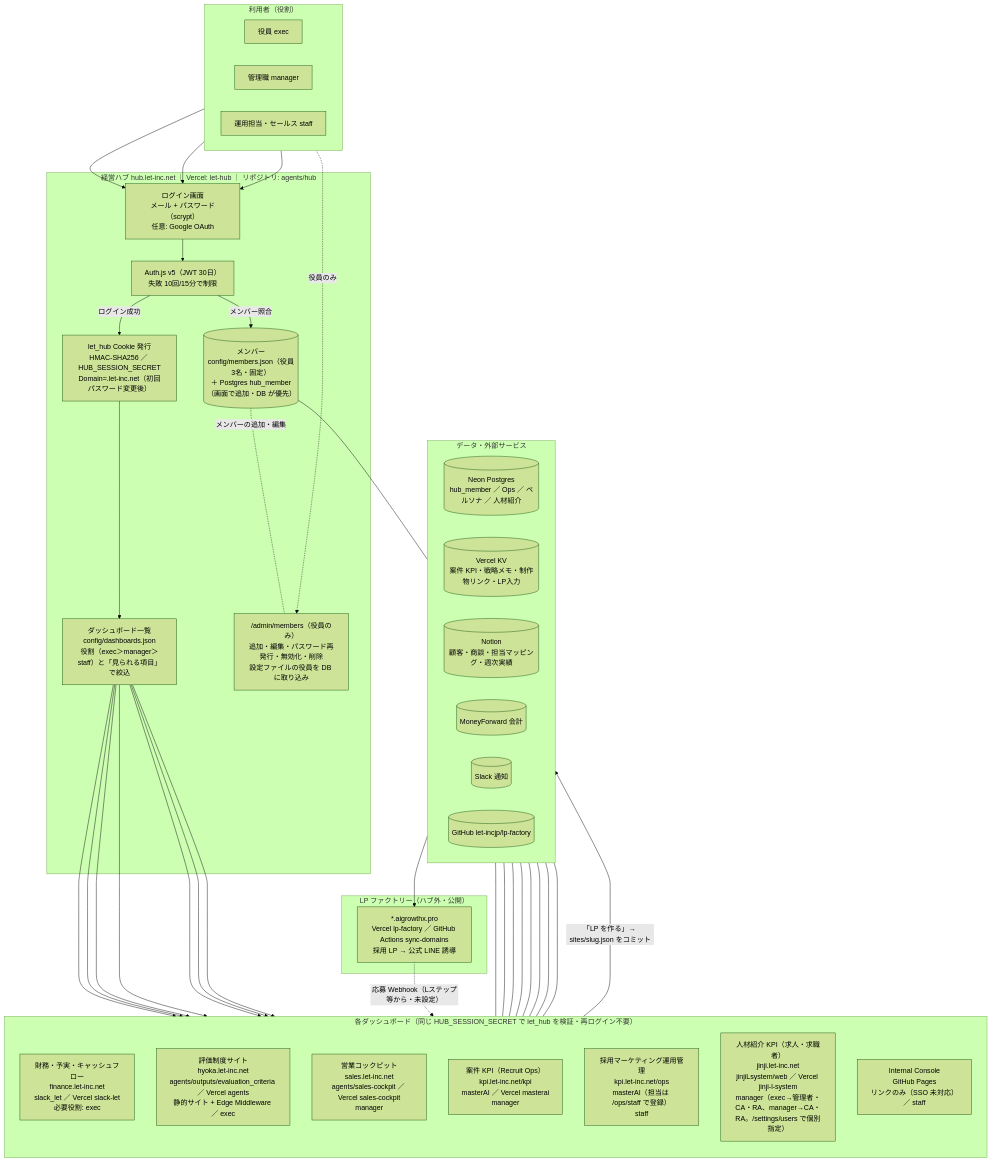
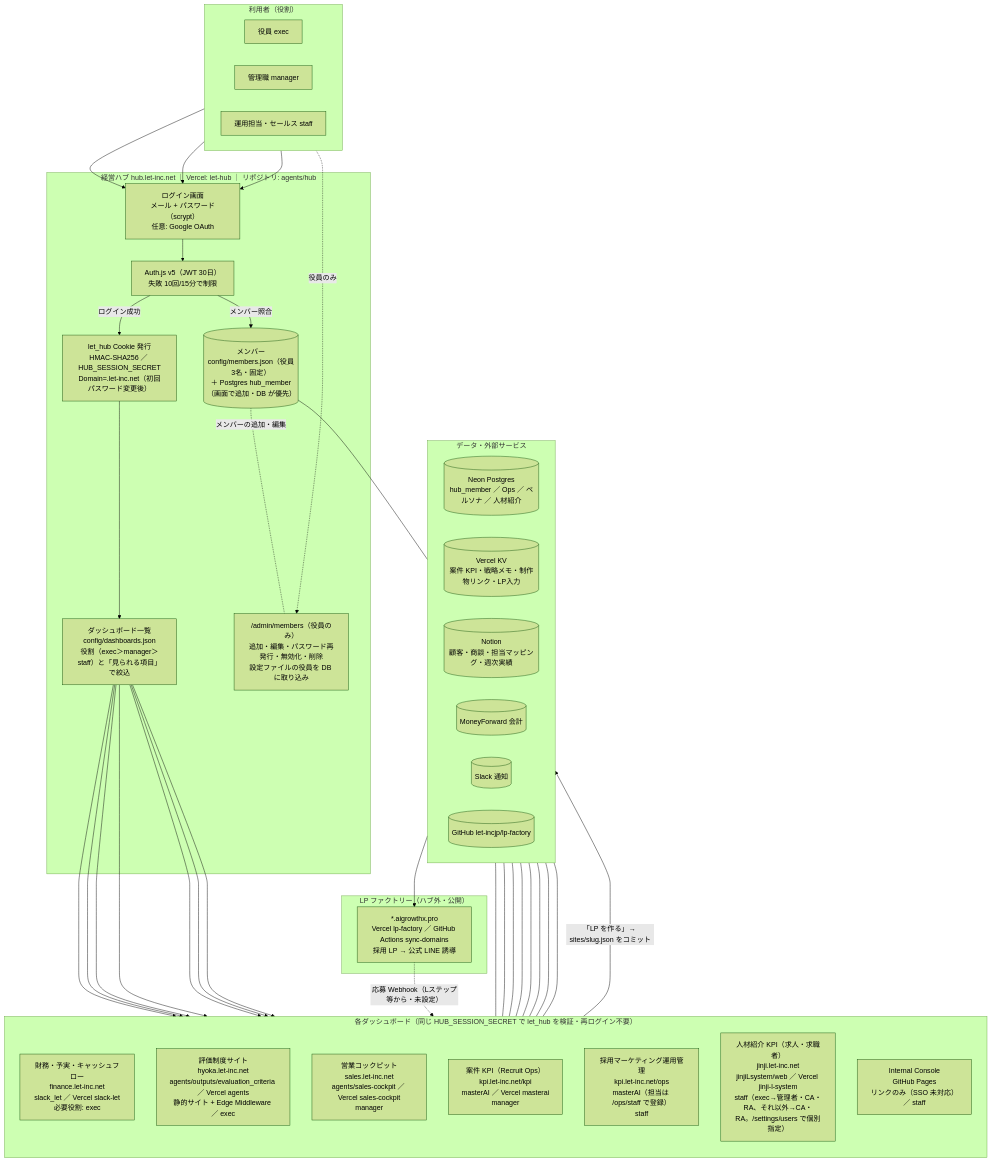
One commit to eijiyoshikawa/agents changed the diagram in docs/HUB_ARCHITECTURE_2026-10-22.md. Above: the diagram before and after it, drawn with Mermaid (forest theme). The commit also changed other lines of this file and 3 other files, not shown here.

First line of the commit message:
feat(hub): 人材紹介のカードを staff 以上に開放（ハブから直行）。構成図と引き継ぎのリマインドを更新

````diff
--- a/docs/HUB_ARCHITECTURE_2026-10-22.md
+++ b/docs/HUB_ARCHITECTURE_2026-10-22.md
@@ -11,72 +11,72 @@
 ```mermaid
 flowchart TB
   subgraph users["利用者（役割）"]
     direction LR
     exec["役員 exec"]
     mgr["管理職 manager"]
     staff["運用担当・セールス staff"]
   end
 
   subgraph hub["経営ハブ hub.let-inc.net ｜ Vercel: let-hub ｜ リポジトリ: agents/hub"]
     login["ログイン画面<br/>メール + パスワード（scrypt）<br/>任意: Google OAuth"]
     auth["Auth.js v5（JWT 30日）<br/>失敗 10回/15分で制限"]
     members[("メンバー<br/>config/members.json（役員3名・固定）<br/>＋ Postgres hub_member（画面で追加・DB が優先）")]
     cookie["let_hub Cookie 発行<br/>HMAC-SHA256 ／ HUB_SESSION_SECRET<br/>Domain=.let-inc.net（初回パスワード変更後）"]
     dash["ダッシュボード一覧<br/>config/dashboards.json<br/>役割（exec＞manager＞staff）と「見られる項目」で絞込"]
     admin["/admin/members（役員のみ）<br/>追加・編集・パスワード再発行・無効化・削除<br/>設定ファイルの役員を DB に取り込み"]
   end
 
   exec --> login
   mgr --> login
   staff --> login
   login --> auth
   auth -- "メンバー照合" --> members
   auth -- "ログイン成功" --> cookie --> dash
   members -. "メンバーの追加・編集" .- admin
   exec -. "役員のみ" .-> admin
 
   subgraph apps["各ダッシュボード（同じ HUB_SESSION_SECRET で let_hub を検証・再ログイン不要）"]
     direction TB
     fin["財務・予実・キャッシュフロー<br/>finance.let-inc.net<br/>slack_let ／ Vercel slack-let<br/>必要役割: exec"]
     hyoka["評価制度サイト<br/>hyoka.let-inc.net<br/>agents/outputs/evaluation_criteria ／ Vercel agents<br/>静的サイト + Edge Middleware ／ exec"]
     sales["営業コックピット<br/>sales.let-inc.net<br/>agents/sales-cockpit ／ Vercel sales-cockpit<br/>manager"]
     kpi["案件 KPI（Recruit Ops）<br/>kpi.let-inc.net/kpi<br/>masterAI ／ Vercel masterai<br/>manager"]
     ops["採用マーケティング運用管理<br/>kpi.let-inc.net/ops<br/>masterAI（担当は /ops/staff で登録）<br/>staff"]
-    jinji["人材紹介 KPI（求人・求職者）<br/>jinji.let-inc.net<br/>jinjiLsystem/web ／ Vercel jinji-l-system<br/>manager（exec→管理者・CA・RA、manager→CA・RA。/settings/users で個別指定）"]
+    jinji["人材紹介 KPI（求人・求職者）<br/>jinji.let-inc.net<br/>jinjiLsystem/web ／ Vercel jinji-l-system<br/>staff（exec→管理者・CA・RA、それ以外→CA・RA。/settings/users で個別指定）"]
     console["Internal Console<br/>GitHub Pages<br/>リンクのみ（SSO 未対応）／ staff"]
   end
 
   dash --> fin
   dash --> hyoka
   dash --> sales
   dash --> kpi
   dash --> ops
   dash --> jinji
   dash --> console
 
   subgraph data["データ・外部サービス"]
     direction LR
     pg[("Neon Postgres<br/>hub_member ／ Ops ／ ペルソナ ／ 人材紹介")]
     kv[("Vercel KV<br/>案件 KPI・戦略メモ・制作物リンク・LP入力")]
     notion[("Notion<br/>顧客・商談・担当マッピング・週次実績")]
     mf[("MoneyForward 会計")]
     slack[("Slack 通知")]
     gh[("GitHub let-incjp/lp-factory")]
   end
 
   members --- pg
   ops --- pg
   jinji --- pg
   kpi --- kv
   kpi --- notion
   sales --- notion
   fin --- mf
   fin --- slack
   ops --- slack
 
   subgraph lp["LP ファクトリー（ハブ外・公開）"]
     lpf["*.aigrowthx.pro<br/>Vercel lp-factory ／ GitHub Actions sync-domains<br/>採用 LP → 公式 LINE 誘導"]
   end
   kpi -- "「LP を作る」→ sites/slug.json をコミット" --> gh --> lpf
   lpf -. "応募 Webhook（Lステップ等から・未設定）" .-> kpi
 ```
````
